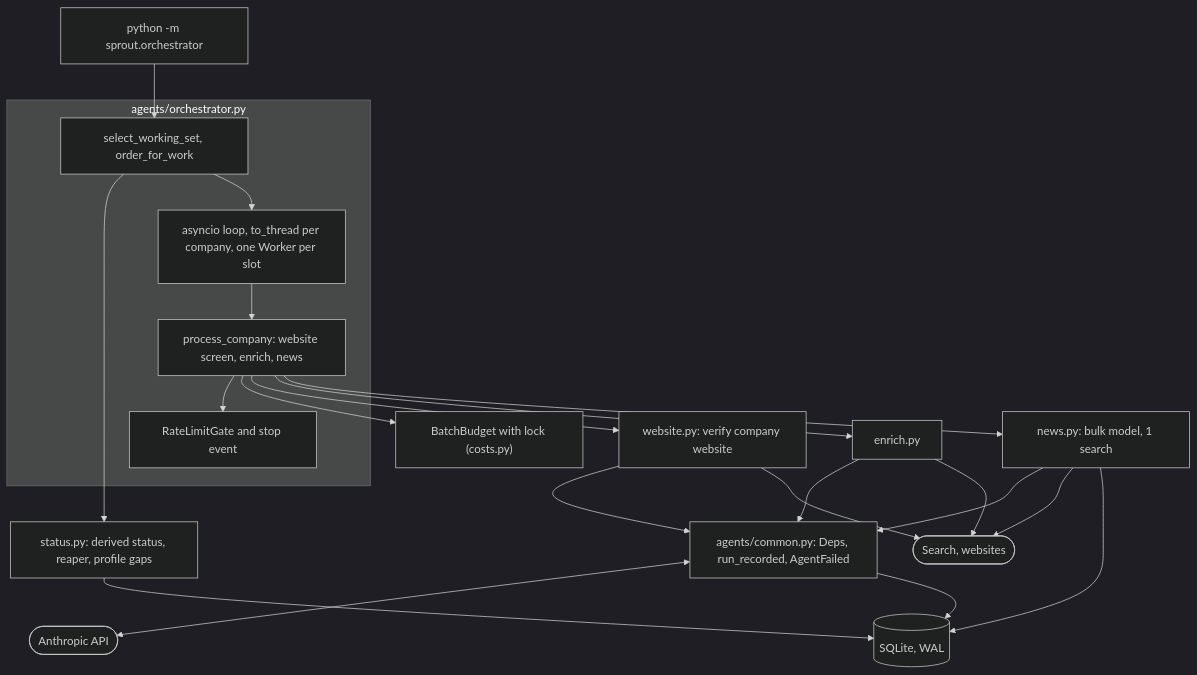
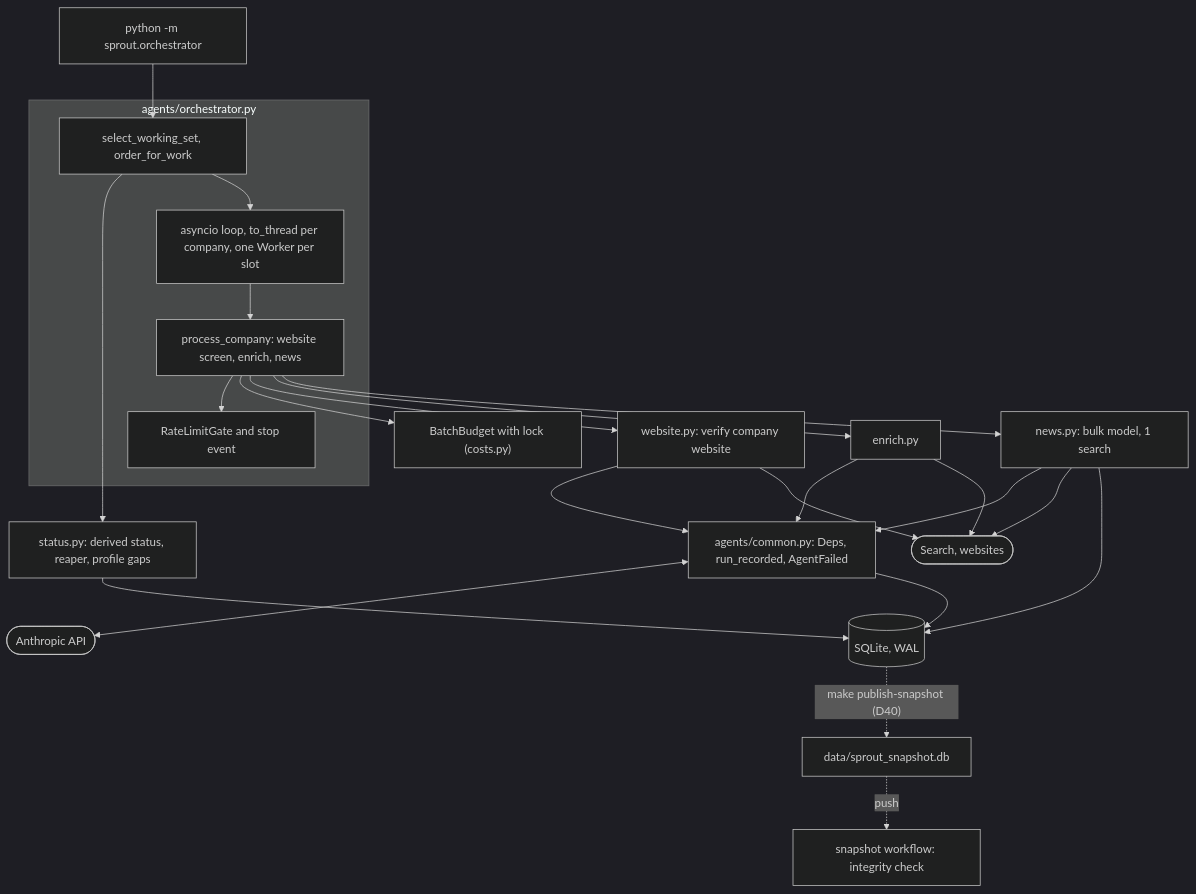
One commit to Farzaanee/sprout changed the first of 2 diagrams in docs/architecture/phases/phase-6-multi-agent.md. Above: the diagram before and after it, drawn with Mermaid (dark theme). The commit also changed 7 other files, not shown here.

````diff
--- a/docs/architecture/phases/phase-6-multi-agent.md
+++ b/docs/architecture/phases/phase-6-multi-agent.md
@@ -7,38 +7,40 @@
 ```mermaid
 flowchart TB
     CLI["python -m sprout.orchestrator"]
     subgraph ORCH["agents/orchestrator.py"]
         SEL["select_working_set, order_for_work"]
         POOL["asyncio loop, to_thread per company, one Worker per slot"]
         PROC["process_company: website screen, enrich, news"]
         GATE["RateLimitGate and stop event"]
     end
     STATUS["status.py: derived status, reaper, profile gaps"]
     COMMON["agents/common.py: Deps, run_recorded, AgentFailed"]
     WEBSITE["website.py: verify company website"]
     ENR["enrich.py"]
     NEWS["news.py: bulk model, 1 search"]
     LLM(["Anthropic API"])
     EXT(["Search, websites"])
     BATCH["BatchBudget with lock (costs.py)"]
     SQL[("SQLite, WAL")]
     CLI --> SEL
     SEL --> STATUS
     STATUS --> SQL
     SEL --> POOL
     POOL --> PROC
     PROC --> GATE
     PROC --> BATCH
     PROC --> WEBSITE
     PROC --> ENR
     PROC --> NEWS
     WEBSITE --> COMMON
     ENR --> COMMON
     NEWS --> COMMON
     COMMON <--> LLM
     WEBSITE --> EXT
     ENR --> EXT
     NEWS --> EXT
     COMMON --> SQL
     NEWS --> SQL
+    SQL -. "make publish-snapshot (D40)" .-> SNAP["data/sprout_snapshot.db"]
+    SNAP -. push .-> CI["snapshot workflow: integrity check"]
 ```
````
